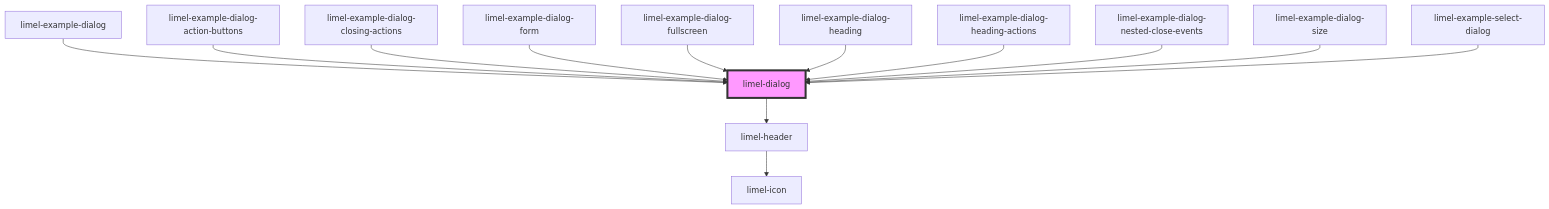
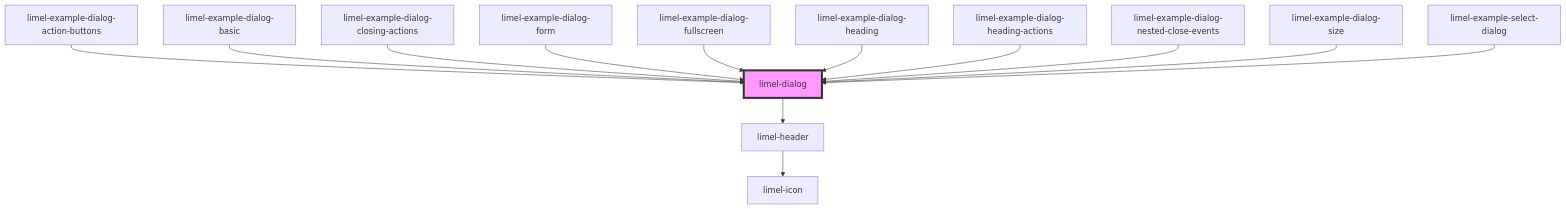
Before and after one commit to Lundalogik/lime-elements: the diagram in versions/PR-3981/markdown-docs/components/dialog/readme.md, drawn with Mermaid. The commit also changed other lines of this file and 211 other files, not shown here.

````diff
--- a/versions/PR-3981/markdown-docs/components/dialog/readme.md
+++ b/versions/PR-3981/markdown-docs/components/dialog/readme.md
@@ -70,16 +70,16 @@
 ```mermaid
 graph TD;
   limel-dialog --> limel-header
   limel-header --> limel-icon
-  limel-example-dialog --> limel-dialog
   limel-example-dialog-action-buttons --> limel-dialog
+  limel-example-dialog-basic --> limel-dialog
   limel-example-dialog-closing-actions --> limel-dialog
   limel-example-dialog-form --> limel-dialog
   limel-example-dialog-fullscreen --> limel-dialog
   limel-example-dialog-heading --> limel-dialog
   limel-example-dialog-heading-actions --> limel-dialog
   limel-example-dialog-nested-close-events --> limel-dialog
   limel-example-dialog-size --> limel-dialog
   limel-example-select-dialog --> limel-dialog
   style limel-dialog fill:#f9f,stroke:#333,stroke-width:4px
 ```
````
